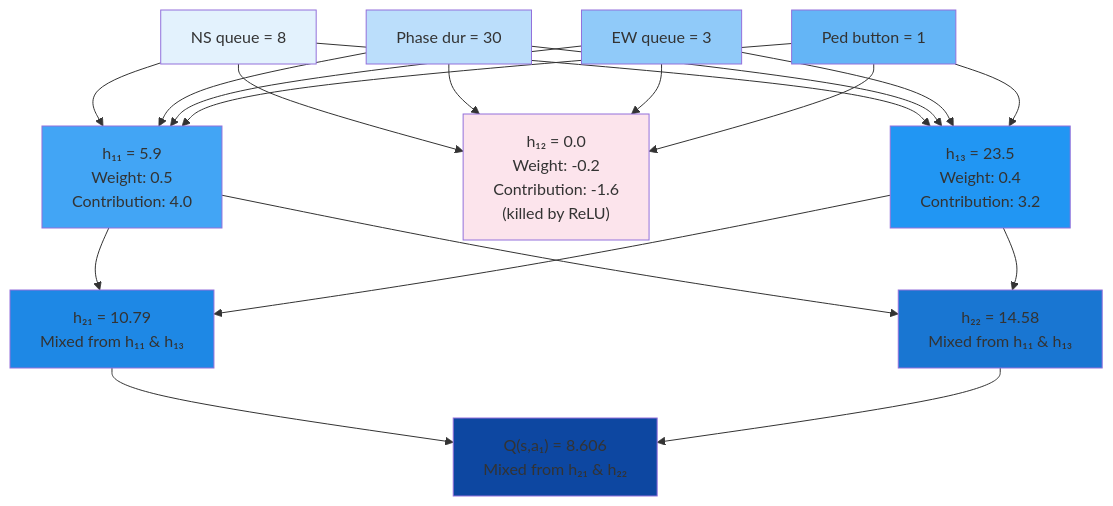
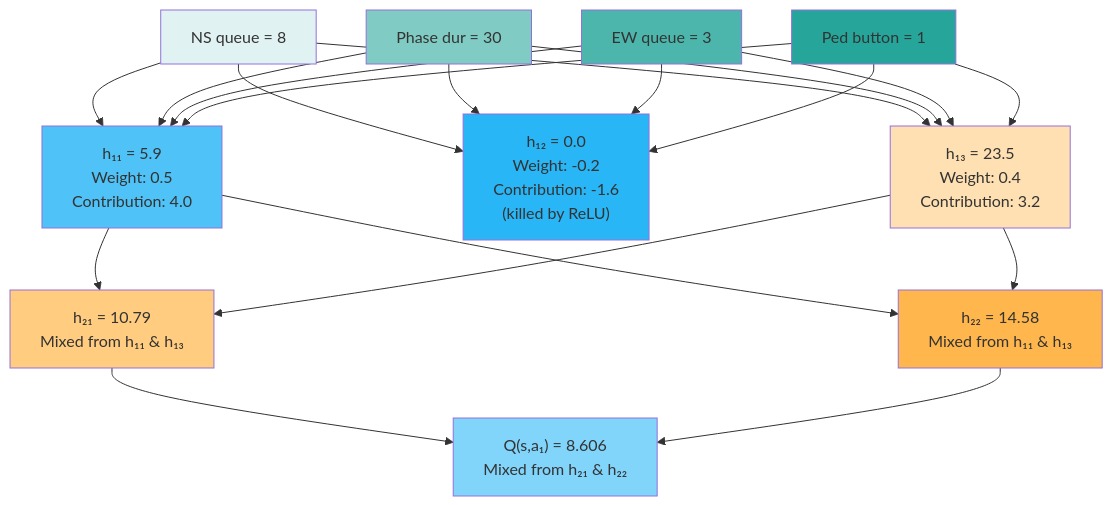
One commit to Chaklader/DPRL-Value-based-methods changed the first of 9 diagrams in C_7.md. Above: the diagram before and after it, drawn with Mermaid. The commit also changed other lines of this file, not shown here.

Commit message:
The commit is successful

````diff
--- a/C_7.md
+++ b/C_7.md
@@ -298,38 +294,38 @@
 ```mermaid
 flowchart TD
-    A["NS queue = 8"] --> B1["h₁₁ = 5.9<br>Weight: 0.5<br>Contribution: 4.0"]
-    A --> B2["h₁₂ = 0.0<br>Weight: -0.2<br>Contribution: -1.6<br>(killed by ReLU)"]
-    A --> B3["h₁₃ = 23.5<br>Weight: 0.4<br>Contribution: 3.2"]
+    A["NS queue = 8"] --> H["h₁₁ = 5.9<br>Weight: 0.5<br>Contribution: 4.0"]
+    A --> I["h₁₂ = 0.0<br>Weight: -0.2<br>Contribution: -1.6<br>(killed by ReLU)"]
+    A --> J["h₁₃ = 23.5<br>Weight: 0.4<br>Contribution: 3.2"]
 
-    C["Phase dur = 30"] --> B1
-    C --> B2
-    C --> B3
+    C["Phase dur = 30"] --> H
+    C --> I
+    C --> J
 
-    D["EW queue = 3"] --> B1
-    D --> B2
-    D --> B3
+    D["EW queue = 3"] --> H
+    D --> I
+    D --> J
 
-    E["Ped button = 1"] --> B1
-    E --> B2
-    E --> B3
+    E["Ped button = 1"] --> H
+    E --> I
+    E --> J
 
-    B1 --> F1["h₂₁ = 10.79<br>Mixed from h₁₁ & h₁₃"]
-    B3 --> F1
+    H --> K["h₂₁ = 10.79<br>Mixed from h₁₁ & h₁₃"]
+    J --> K
 
-    B1 --> F2["h₂₂ = 14.58<br>Mixed from h₁₁ & h₁₃"]
-    B3 --> F2
+    H --> L["h₂₂ = 14.58<br>Mixed from h₁₁ & h₁₃"]
+    J --> L
 
-    F1 --> G["Q(s,a₁) = 8.606<br>Mixed from h₂₁ & h₂₂"]
-    F2 --> G
+    K --> G["Q(s,a₁) = 8.606<br>Mixed from h₂₁ & h₂₂"]
+    L --> G
 
-    style A fill:#E3F2FD
-    style C fill:#BBDEFB
-    style D fill:#90CAF9
-    style E fill:#64B5F6
-    style B1 fill:#42A5F5
-    style B2 fill:#FCE4EC
-    style B3 fill:#2196F3
-    style F1 fill:#1E88E5
-    style F2 fill:#1976D2
-    style G fill:#0D47A1
+style A fill:#E0F2F1
+style C fill:#80CBC4
+style D fill:#4DB6AC
+style E fill:#26A69A
+style G fill:#81D4FA
+style H fill:#4FC3F7
+style I fill:#29B6F6
+style J fill:#FFE0B2
+style K fill:#FFCC80
+style L fill:#FFB74D
 ```
````
